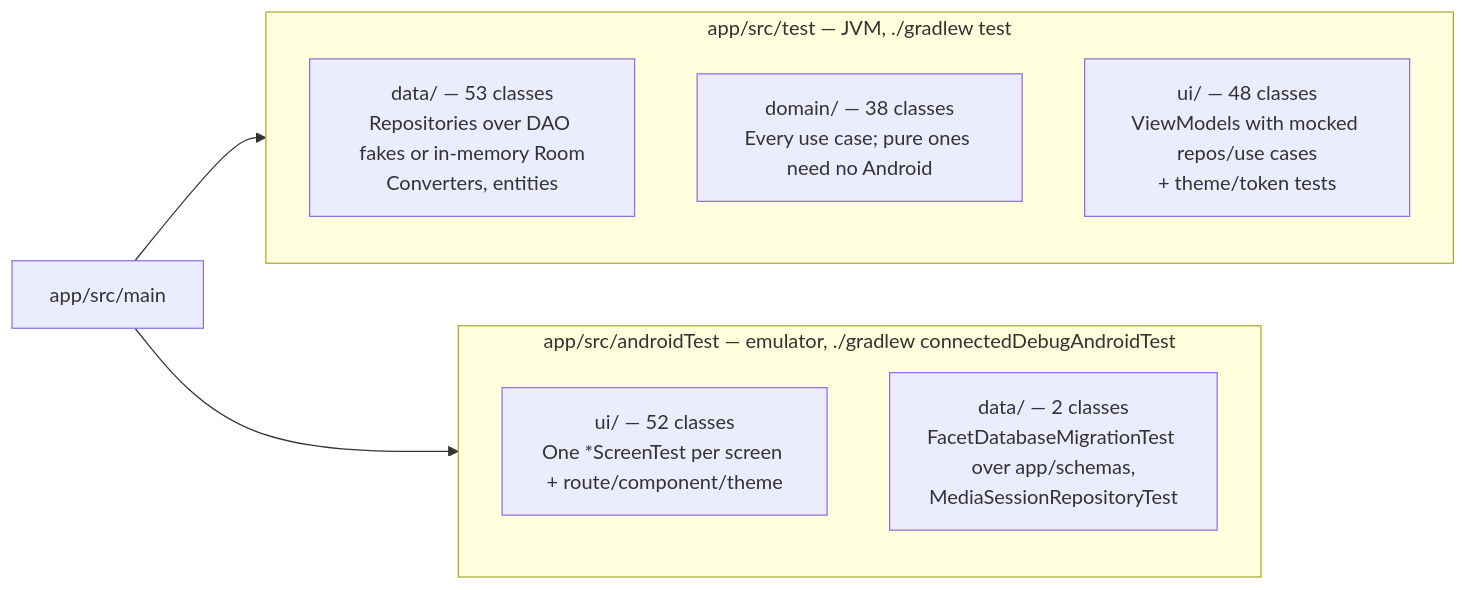
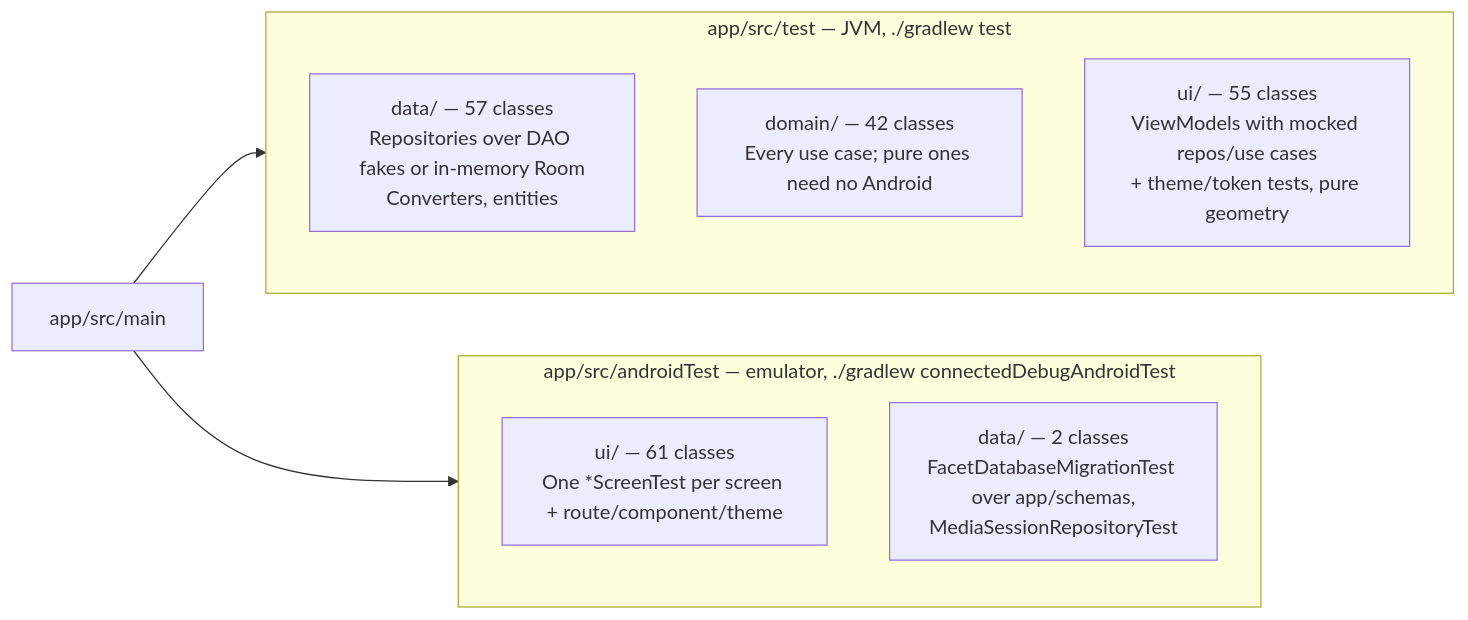
The diagram in docs/architecture/06-testing.md (rohitganjam/facet-launcher), drawn with Mermaid before and after one commit. The commit also changed other lines of this file and 10 other files, not shown here.

````diff
--- a/docs/architecture/06-testing.md
+++ b/docs/architecture/06-testing.md
@@ -13,16 +13,16 @@
 ```mermaid
 flowchart LR
     subgraph UNIT["app/src/test — JVM, ./gradlew test"]
         direction TB
-        U1["data/ — 53 classes\nRepositories over DAO fakes or in-memory Room\nConverters, entities"]
-        U2["domain/ — 38 classes\nEvery use case; pure ones need no Android"]
-        U3["ui/ — 48 classes\nViewModels with mocked repos/use cases\n+ theme/token tests"]
+        U1["data/ — 57 classes\nRepositories over DAO fakes or in-memory Room\nConverters, entities"]
+        U2["domain/ — 42 classes\nEvery use case; pure ones need no Android"]
+        U3["ui/ — 55 classes\nViewModels with mocked repos/use cases\n+ theme/token tests, pure geometry"]
     end
     subgraph INST["app/src/androidTest — emulator, ./gradlew connectedDebugAndroidTest"]
         direction TB
-        I1["ui/ — 52 classes\nOne *ScreenTest per screen + route/component/theme"]
+        I1["ui/ — 61 classes\nOne *ScreenTest per screen + route/component/theme"]
         I2["data/ — 2 classes\nFacetDatabaseMigrationTest over app/schemas,\nMediaSessionRepositoryTest"]
     end
     CODE["app/src/main"] --> UNIT
     CODE --> INST
 ```
````
